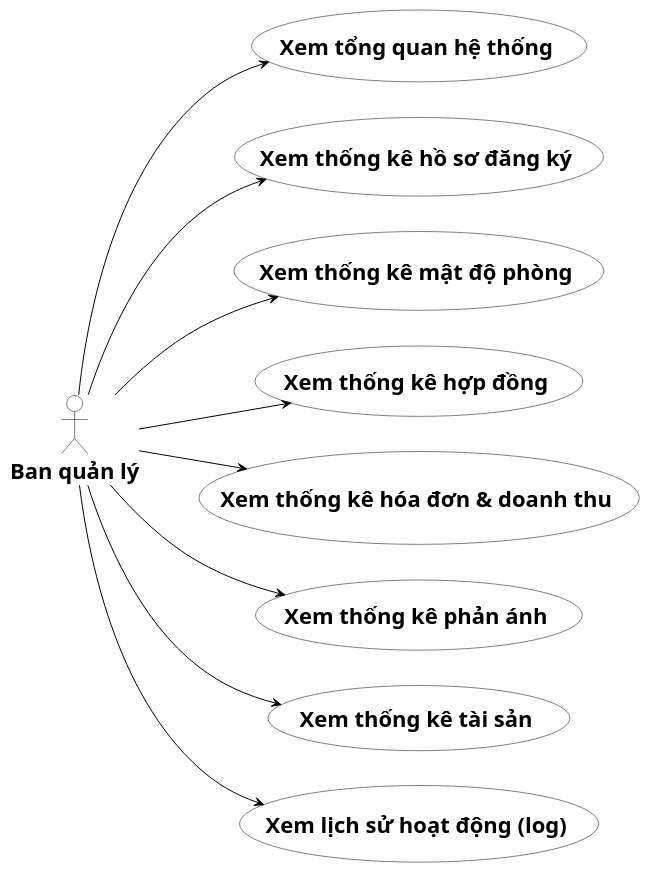
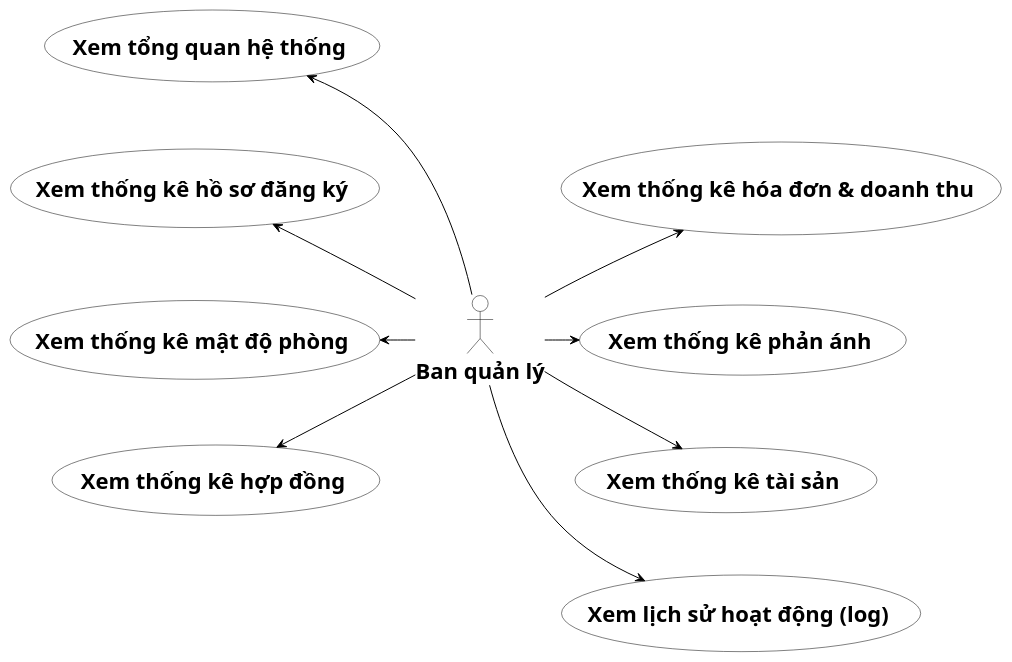
One commit to s0nbuildtech287/dormitory-frontend changed the diagram in diagrams/usecase_phanra/uc_dashboard.puml. Above: the diagram before and after it, drawn with PlantUML. The commit also changed 1 other file, not shown here.

```diff
--- a/diagrams/usecase_phanra/uc_dashboard.puml
+++ b/diagrams/usecase_phanra/uc_dashboard.puml
@@ -1,36 +1,56 @@
-@startuml "UC Phân rã - Dashboard & Thống kê"
+@startuml
 skinparam defaultFontSize 22
 skinparam defaultFontName "Times New Roman"
-left to right direction
 skinparam usecase {
   BackgroundColor White
   BorderColor Black
 }
 skinparam actor {
   BackgroundColor White
   BorderColor Black
 }
 skinparam ArrowColor Black
 skinparam ArrowThickness 1
 skinparam shadowing false
 
 actor "<b>Ban quản lý</b>" as Admin
 
-usecase "<b>Xem tổng quan hệ thống</b>" as UC1
-usecase "<b>Xem thống kê hồ sơ đăng ký</b>" as UC2
-usecase "<b>Xem thống kê mật độ phòng</b>" as UC3
-usecase "<b>Xem thống kê hợp đồng</b>" as UC4
-usecase "<b>Xem thống kê hóa đơn & doanh thu</b>" as UC5
-usecase "<b>Xem thống kê phản ánh</b>" as UC6
-usecase "<b>Xem thống kê tài sản</b>" as UC7
-usecase "<b>Xem lịch sử hoạt động (log)</b>" as UC8
+together {
+  usecase "<b>Xem tổng quan hệ thống</b>" as UC1
+  usecase "<b>Xem thống kê hồ sơ đăng ký</b>" as UC2
+  usecase "<b>Xem thống kê mật độ phòng</b>" as UC3
+  usecase "<b>Xem thống kê hợp đồng</b>" as UC4
+}
 
-Admin --> UC1
-Admin --> UC2
+together {
+  usecase "<b>Xem thống kê hóa đơn & doanh thu</b>" as UC5
+  usecase "<b>Xem thống kê phản ánh</b>" as UC6
+  usecase "<b>Xem thống kê tài sản</b>" as UC7
+  usecase "<b>Xem lịch sử hoạt động (log)</b>" as UC8
+}
+
+UC1 -[hidden]-> UC2
+UC2 -[hidden]-> UC3
+UC3 -[hidden]-> UC4
+
+UC5 -[hidden]-> UC6
+UC6 -[hidden]-> UC7
+UC7 -[hidden]-> UC8
+
+UC1 -[hidden]right-> UC5
+UC2 -[hidden]right-> Admin
+Admin -[hidden]right-> UC6
+UC3 -[hidden]right-> Admin
+Admin -[hidden]right-> UC7
+UC4 -[hidden]right-> UC8
+
+UC1 <-- Admin
+UC2 <-- Admin
 Admin --> UC3
 Admin --> UC4
-Admin --> UC5
-Admin --> UC6
+
+UC5 <-- Admin
+UC6 <-- Admin
 Admin --> UC7
 Admin --> UC8
 @enduml
```
